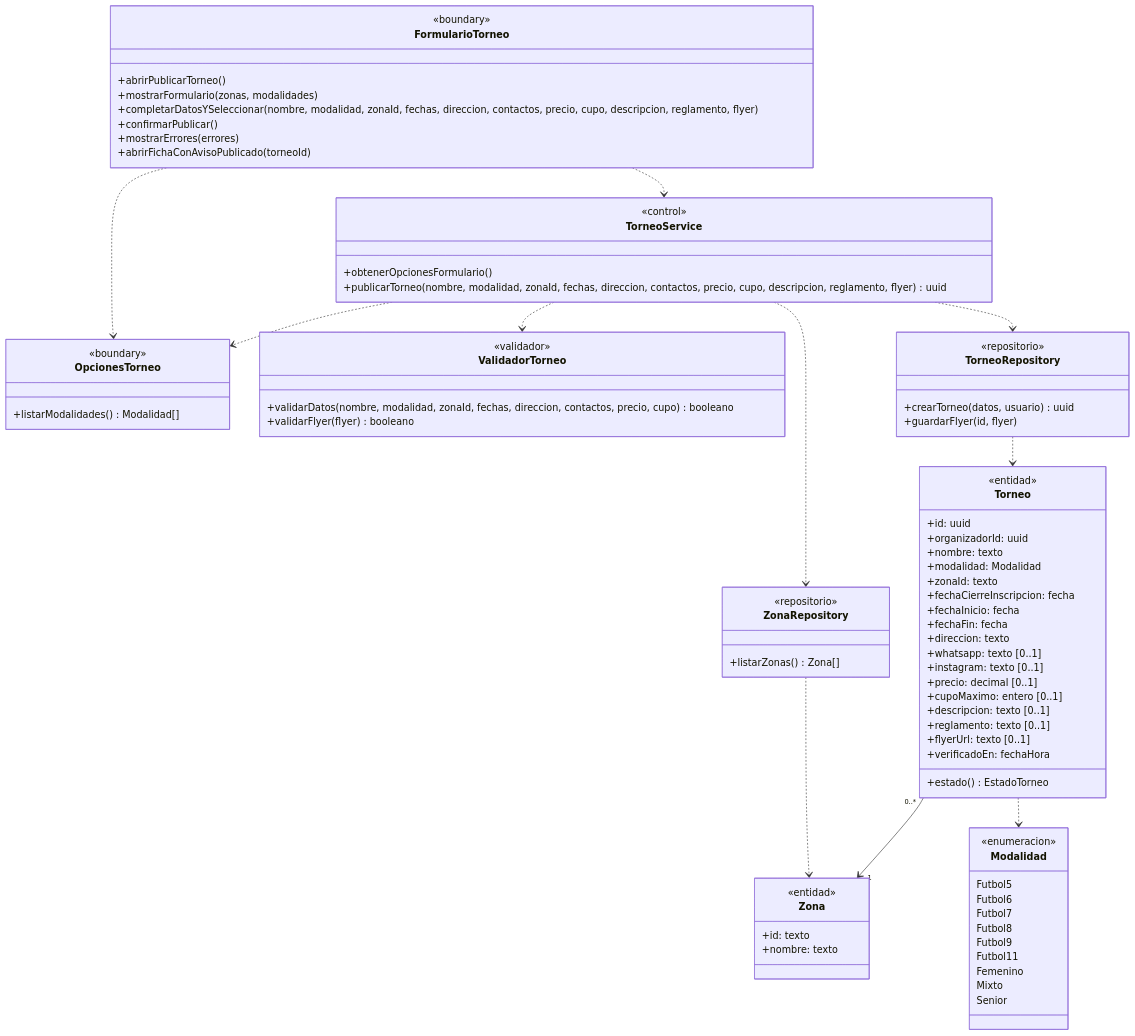
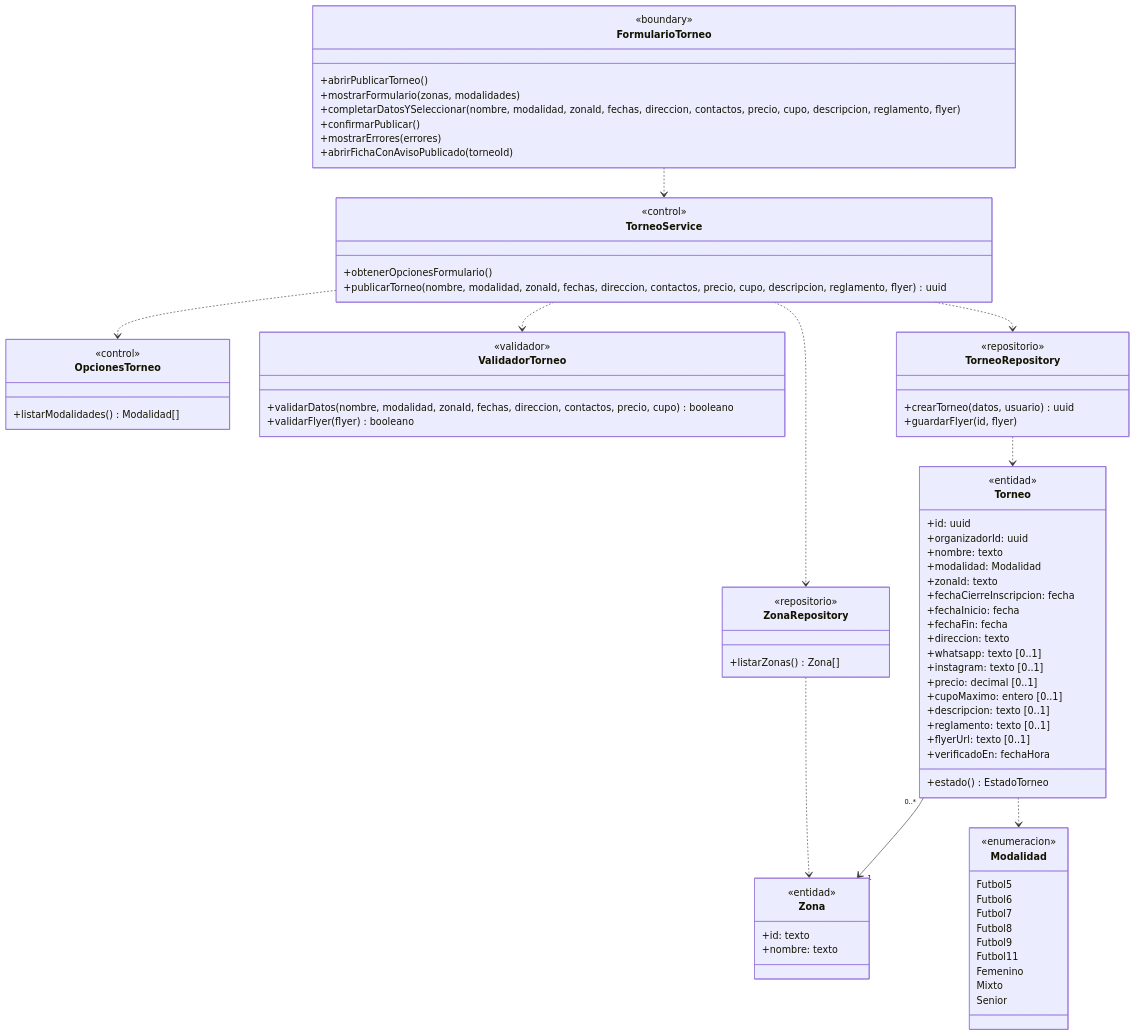
The second of 8 diagrams in docs/diagramas-de-clase/organizador.md (nicqletal/torneos-scraper), drawn with Mermaid before and after one commit. The commit also changed other lines of this file and 12 other files, not shown here.

First line of the commit message:
docs(diagramas-de-clase): alinear métodos con secuencias, unificar capas y limpiar etiquetas en flechas

```diff
--- a/docs/diagramas-de-clase/organizador.md
+++ b/docs/diagramas-de-clase/organizador.md
@@ -133,7 +133,7 @@
   +abrirFichaConAvisoPublicado(torneoId)
 }
 class OpcionesTorneo {
-  <<boundary>>
+  <<control>>
   +listarModalidades() Modalidad[]
 }
 class TorneoService {
@@ -193,7 +193,6 @@
   Mixto
   Senior
 }
-FormularioTorneo ..> OpcionesTorneo
 FormularioTorneo ..> TorneoService
 TorneoService ..> OpcionesTorneo
 TorneoService ..> ZonaRepository
```
